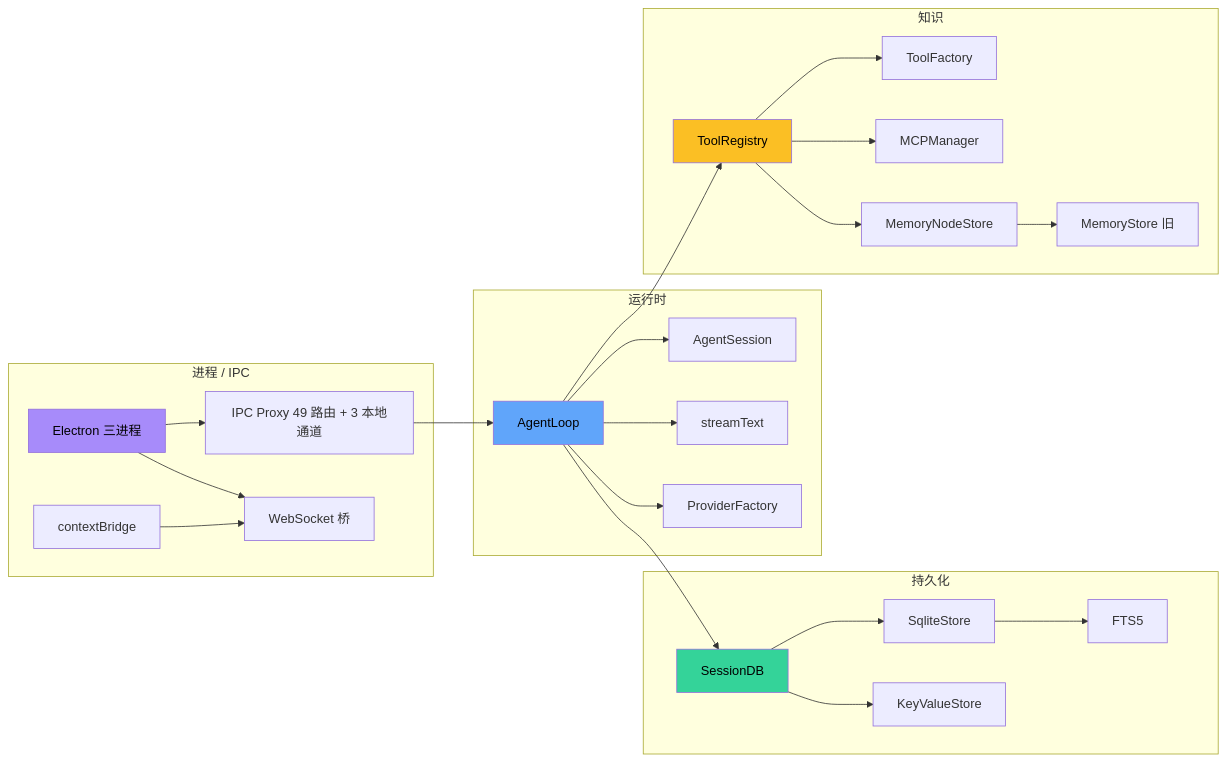
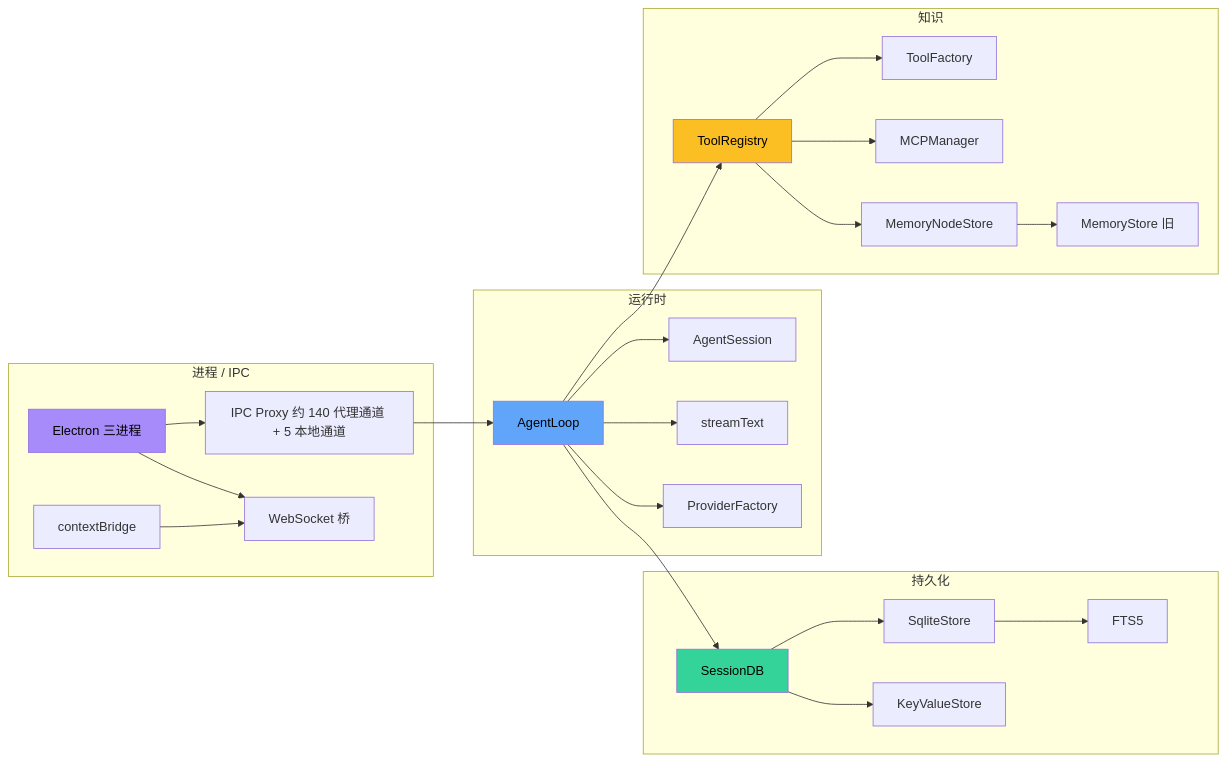
One commit to LanicBlue/zero-core changed the first of 2 diagrams in docs/arch/12-glossary.md. Above: the diagram before and after it, drawn with Mermaid. The commit also changed other lines of this file and 53 other files, not shown here.

````diff
--- a/docs/arch/12-glossary.md
+++ b/docs/arch/12-glossary.md
@@ -7,53 +7,53 @@
 ```mermaid
 graph LR
     subgraph "进程 / IPC"
         P1[Electron 三进程]
-        P2[IPC Proxy 49 路由 + 3 本地通道]
+        P2[IPC Proxy 约 140 代理通道 + 5 本地通道]
         P3[WebSocket 桥]
         P4[contextBridge]
     end
     P1 --> P2
     P1 --> P3
     P4 --> P3
 
     subgraph "运行时"
         R1[AgentLoop]
         R2[AgentSession]
         R3[streamText]
         R4[ProviderFactory]
         R1 --> R2
         R1 --> R3
         R1 --> R4
     end
 
     subgraph "持久化"
         S1[SessionDB]
         S2[SqliteStore]
         S3[KeyValueStore]
         S4[FTS5]
         S1 --> S2
         S1 --> S3
         S2 --> S4
     end
 
     subgraph "知识"
         K1[ToolRegistry]
         K2[ToolFactory]
         K3[MCPManager]
         K4[MemoryNodeStore]
         K5[MemoryStore 旧]
         K1 --> K2
         K1 --> K3
         K1 --> K4
         K4 --> K5
     end
 
     P2 --> R1
     R1 --> S1
     R1 --> K1
 
     style P1 fill:#a78bfa,color:#000
     style R1 fill:#60a5fa,color:#000
     style S1 fill:#34d399,color:#000
     style K1 fill:#fbbf24,color:#000
 ```
````
